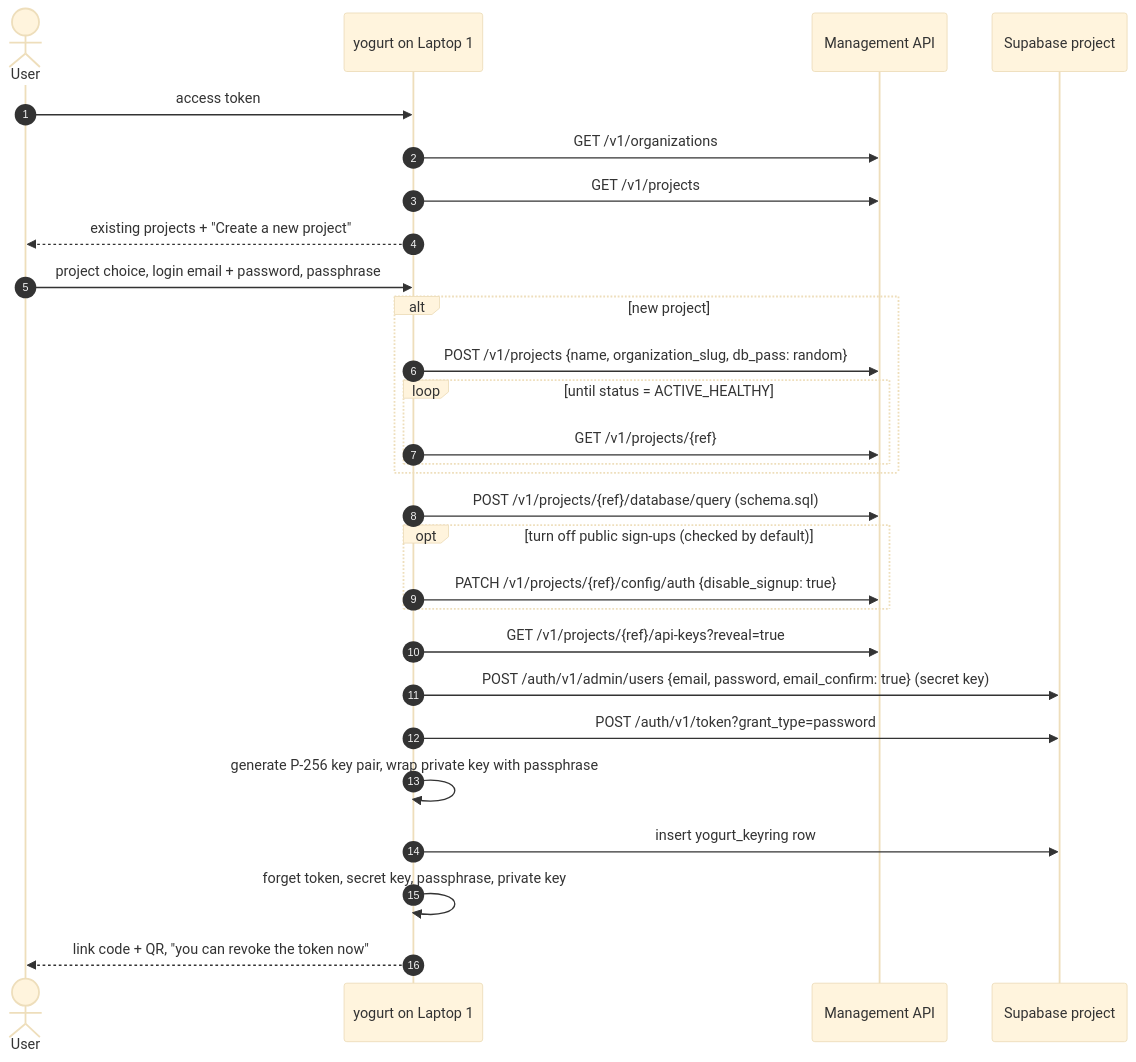
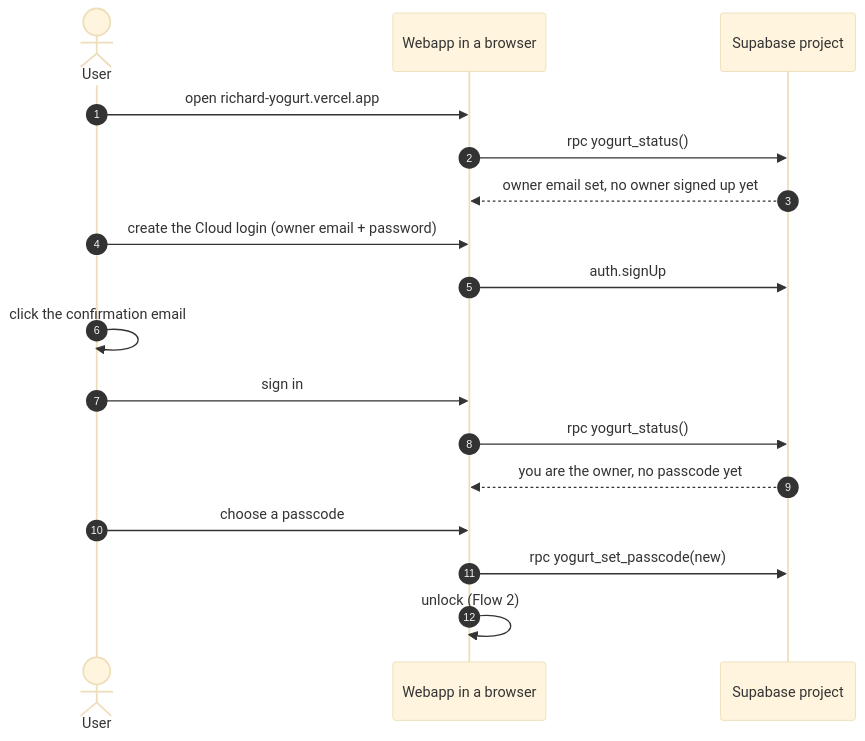
One commit to jarvisrchen/yogurt changed the second of 5 diagrams in docs/.planning/sync-cloud-mirror-design.md. Above: the diagram before and after it, drawn with Mermaid (base theme). The commit also changed other lines of this file and 3 other files, not shown here.

First line of the commit message:
docs: SYNC redesign for a Vercel webapp with a passcode (#151)

````diff
--- a/docs/.planning/sync-cloud-mirror-design.md
+++ b/docs/.planning/sync-cloud-mirror-design.md
@@ -230,31 +97,20 @@
 ```mermaid
 sequenceDiagram
   autonumber
   actor U as User
-  participant Y as yogurt on Laptop 1
-  participant M as Management API
+  participant V as Webapp in a browser
   participant P as Supabase project
 
-  U->>Y: access token
-  Y->>M: GET /v1/organizations
-  Y->>M: GET /v1/projects
-  Y-->>U: existing projects + "Create a new project"
-  U->>Y: project choice, login email + password, passphrase
-  alt new project
-    Y->>M: POST /v1/projects {name, organization_slug, db_pass: random}
-    loop until status = ACTIVE_HEALTHY
-      Y->>M: GET /v1/projects/{ref}
-    end
-  end
-  Y->>M: POST /v1/projects/{ref}/database/query (schema.sql)
-  opt turn off public sign-ups (checked by default)
-    Y->>M: PATCH /v1/projects/{ref}/config/auth {disable_signup: true}
-  end
-  Y->>M: GET /v1/projects/{ref}/api-keys?reveal=true
-  Y->>P: POST /auth/v1/admin/users {email, password, email_confirm: true} (secret key)
-  Y->>P: POST /auth/v1/token?grant_type=password
-  Y->>Y: generate P-256 key pair, wrap private key with passphrase
-  Y->>P: insert yogurt_keyring row
-  Y->>Y: forget token, secret key, passphrase, private key
-  Y-->>U: link code + QR, "you can revoke the token now"
+  U->>V: open richard-yogurt.vercel.app
+  V->>P: rpc yogurt_status()
+  P-->>V: owner email set, no owner signed up yet
+  U->>V: create the Cloud login (owner email + password)
+  V->>P: auth.signUp
+  U->>U: click the confirmation email
+  U->>V: sign in
+  V->>P: rpc yogurt_status()
+  P-->>V: you are the owner, no passcode yet
+  U->>V: choose a passcode
+  V->>P: rpc yogurt_set_passcode(new)
+  V->>V: unlock (Flow 2)
 ```
````
